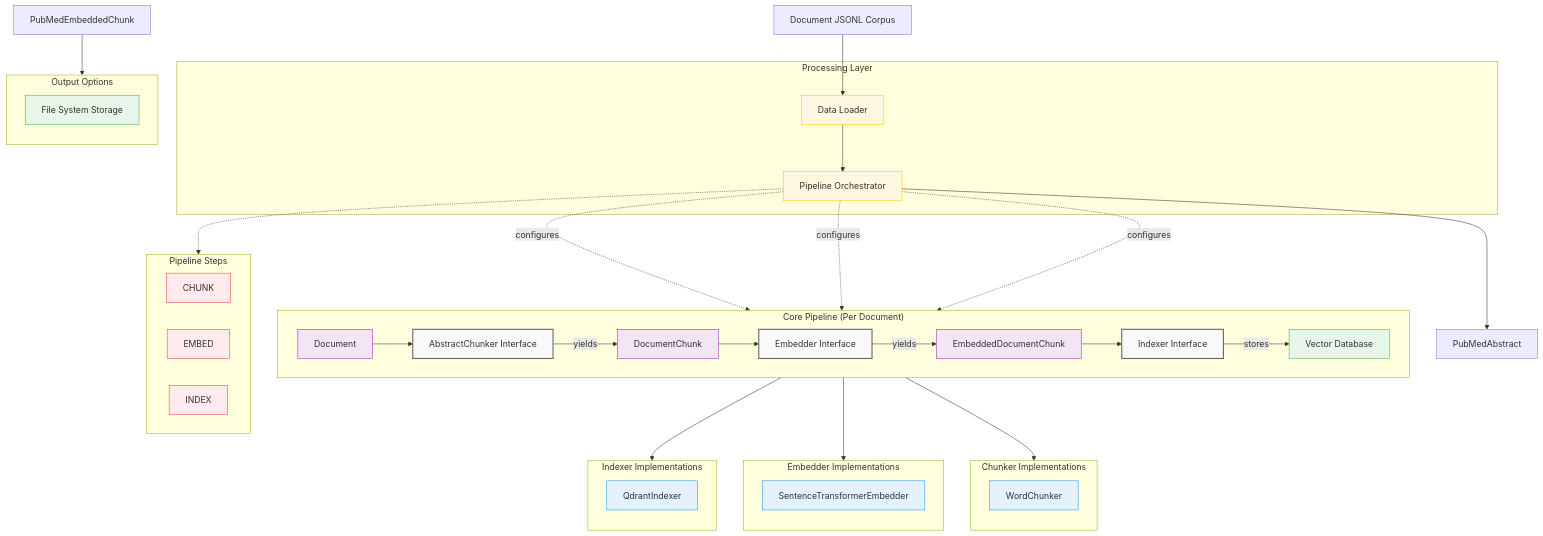
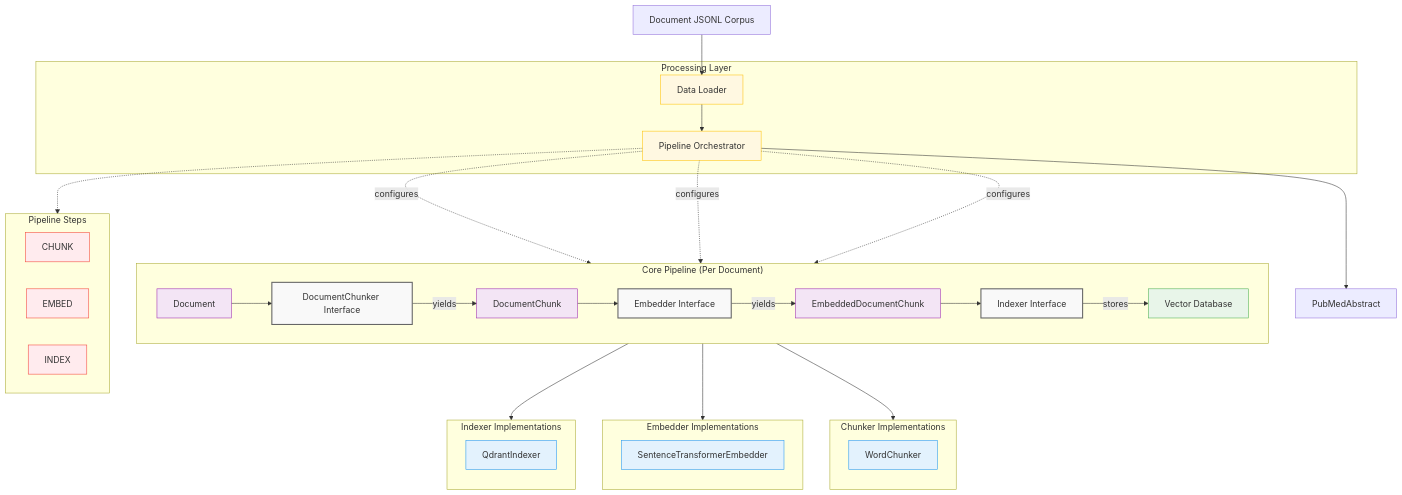
Before and after one commit to MattMorgis/bioasq-rag: the diagram in indexing_pipeline/docs/indexing-components.md, drawn with Mermaid. The commit also changed 5 other files, not shown here.

Commit message:
rename abstract chunker -> document chunker

````diff
--- a/indexing_pipeline/docs/indexing-components.md
+++ b/indexing_pipeline/docs/indexing-components.md
@@ -1,78 +1,71 @@
 ```mermaid
 graph TD
     InputData[Document JSONL Corpus]
 
     subgraph ProcessingLayer["Processing Layer"]
         DataLoader[Data Loader]
         Pipeline[Pipeline Orchestrator]
     end
 
     subgraph CorePipeline["Core Pipeline (Per Document)"]
         direction LR
 
-        AbstractChunkerInterface[AbstractChunker Interface]
+        DocumentChunkerInterface[DocumentChunker Interface]
         EmbedderInterface[Embedder Interface]
         IndexerInterface[Indexer Interface]
 
-        Document[Document] --> AbstractChunkerInterface
-        AbstractChunkerInterface --> |"yields"| DocumentChunk[DocumentChunk]
+        Document[Document] --> DocumentChunkerInterface
+        DocumentChunkerInterface --> |"yields"| DocumentChunk[DocumentChunk]
         DocumentChunk --> EmbedderInterface
         EmbedderInterface --> |"yields"| EmbeddedDocumentChunk[EmbeddedDocumentChunk]
         EmbeddedDocumentChunk --> IndexerInterface
         IndexerInterface --> |"stores"| VectorDB[Vector Database]
     end
 
     subgraph ChunkerImplementations["Chunker Implementations"]
         direction TB
-        AbstractChunkerInterface --> WordChunker[WordChunker]
+        DocumentChunkerInterface --> WordChunker[WordChunker]
     end
 
     subgraph EmbedderImplementations["Embedder Implementations"]
         direction TB
         EmbedderInterface --> SentenceTransformerEmbedder[SentenceTransformerEmbedder]
     end
 
     subgraph IndexerImplementations["Indexer Implementations"]
         direction TB
         IndexerInterface --> QdrantIndexer[QdrantIndexer]
     end
 
-    subgraph OutputOptions["Output Options"]
-        direction TB
-        FileSystem[File System Storage]
-    end
-
     InputData --> DataLoader
     DataLoader --> Pipeline
     Pipeline --> PubMedAbstract
 
-    PubMedEmbeddedChunk --> OutputOptions
-
     %% Pipeline Configuration
-    Pipeline -.-> |"configures"| AbstractChunkerInterface
+    Pipeline -.-> |"configures"| DocumentChunkerInterface
     Pipeline -.-> |"configures"| EmbedderInterface
     Pipeline -.-> |"configures"| IndexerInterface
 
     %% Pipeline Steps
     subgraph PipelineSteps["Pipeline Steps"]
         PipelineChunk[CHUNK]
         PipelineEmbed[EMBED]
         PipelineIndex[INDEX]
     end
 
     Pipeline -.-> PipelineSteps
 
     classDef interface fill:#f9f9f9,stroke:#666,stroke-width:2px
     classDef implementation fill:#e3f2fd,stroke:#2196f3
     classDef storage fill:#e8f5e9,stroke:#4caf50
     classDef process fill:#fff8e1,stroke:#ffc107
     classDef data fill:#f3e5f5,stroke:#9c27b0
     classDef step fill:#ffebee,stroke:#f44336
 
-    class AbstractChunkerInterface,EmbedderInterface,IndexerInterface interface
+    class DocumentChunkerInterface,EmbedderInterface,IndexerInterface interface
     class WordChunker,SentenceTransformerEmbedder,QdrantIndexer implementation
     class VectorDB,FileSystem storage
     class DataLoader,Pipeline process
     class Document,DocumentChunk,EmbeddedDocumentChunk data
     class PipelineChunk,PipelineEmbed,PipelineIndex step
 ```
````
